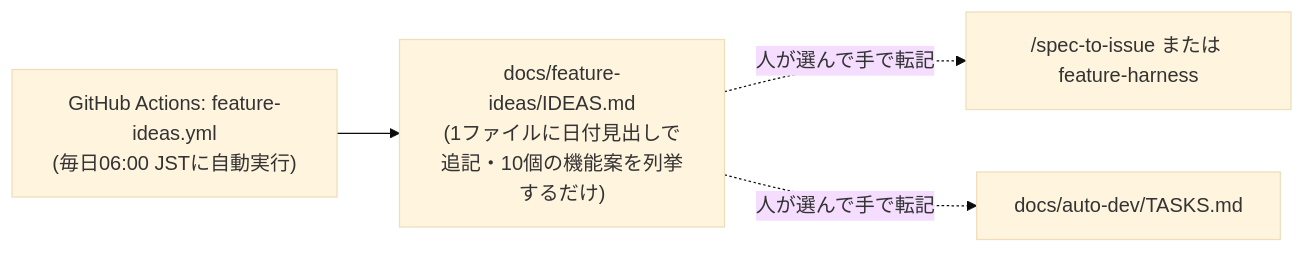
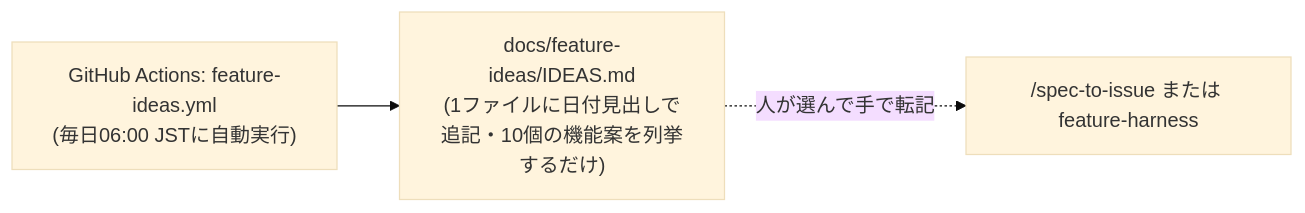
The second of 2 diagrams in docs/DEVELOPMENT.md (djpmj/refactor-blocks), drawn with Mermaid (base theme) before and after one commit. The commit also changed other lines of this file and 6 other files, not shown here.

````diff
--- a/docs/DEVELOPMENT.md
+++ b/docs/DEVELOPMENT.md
@@ -47,7 +47,6 @@
 ```mermaid
 flowchart LR
     Cron["GitHub Actions: feature-ideas.yml<br/>(毎日06:00 JSTに自動実行)"]
     Cron --> Ideas["docs/feature-ideas/IDEAS.md<br/>(1ファイルに日付見出しで追記・10個の機能案を列挙するだけ)"]
     Ideas -.->|"人が選んで手で転記"| SpecToIssue2["/spec-to-issue または feature-harness"]
-    Ideas -.->|"人が選んで手で転記"| Tasks2["docs/auto-dev/TASKS.md"]
 ```
````
